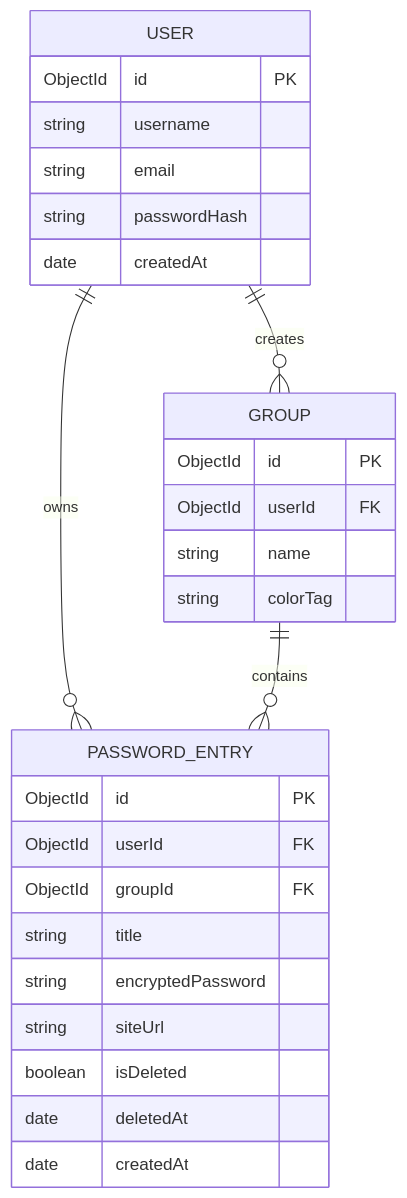
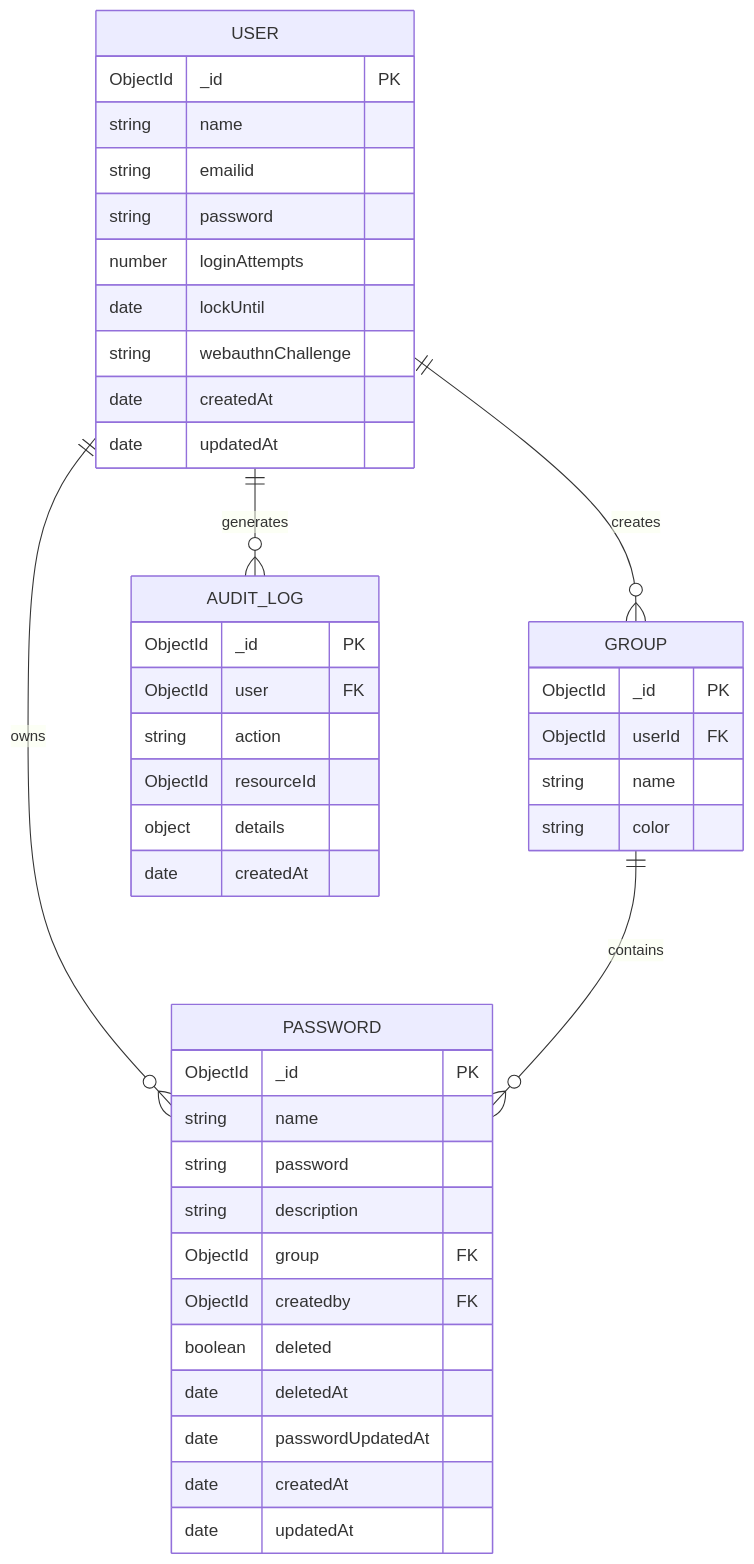
One commit to sanchit037nit/random-pass changed the eighth of 9 diagrams in README.md. Above: the diagram before and after it, drawn with Mermaid. The commit also changed other lines of this file, not shown here.

````diff
--- a/README.md
+++ b/README.md
@@ -490,34 +1025,51 @@
 ```mermaid
 erDiagram
 
+    USER ||--o{ PASSWORD : owns
     USER ||--o{ GROUP : creates
-    USER ||--o{ PASSWORD_ENTRY : owns
-    GROUP ||--o{ PASSWORD_ENTRY : contains
+    USER ||--o{ AUDIT_LOG : generates
+
+    GROUP ||--o{ PASSWORD : contains
 
     USER {
-        ObjectId id PK
-        string username
-        string email
-        string passwordHash
+        ObjectId _id PK
+        string name
+        string emailid
+        string password
+        number loginAttempts
+        date lockUntil
+        string webauthnChallenge
         date createdAt
+        date updatedAt
+    }
+
+    PASSWORD {
+        ObjectId _id PK
+        string name
+        string password
+        string description
+        ObjectId group FK
+        ObjectId createdby FK
+        boolean deleted
+        date deletedAt
+        date passwordUpdatedAt
+        date createdAt
+        date updatedAt
     }
 
     GROUP {
-        ObjectId id PK
+        ObjectId _id PK
         ObjectId userId FK
         string name
-        string colorTag
+        string color
     }
 
-    PASSWORD_ENTRY {
-        ObjectId id PK
-        ObjectId userId FK
-        ObjectId groupId FK
-        string title
-        string encryptedPassword
-        string siteUrl
-        boolean isDeleted
-        date deletedAt
+    AUDIT_LOG {
+        ObjectId _id PK
+        ObjectId user FK
+        string action
+        ObjectId resourceId
+        object details
         date createdAt
     }
 ```
````
